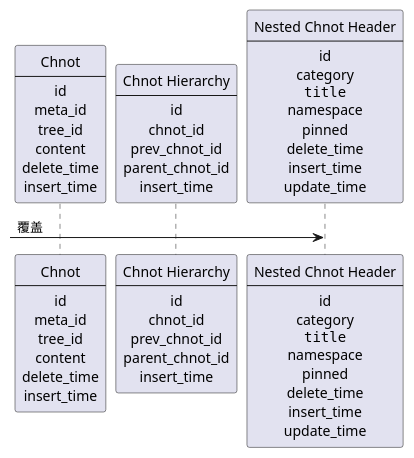
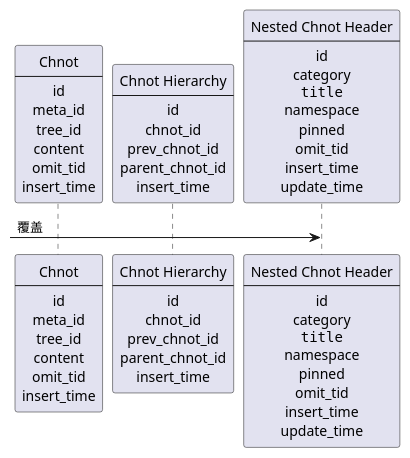
One commit to chnots/chnots changed the diagram in docs/2412-11-chnot-crud.plantuml. Above: the diagram before and after it, drawn with PlantUML. The commit also changed 73 other files, not shown here.

```diff
--- a/docs/2412-11-chnot-crud.plantuml
+++ b/docs/2412-11-chnot-crud.plantuml
@@ -1,40 +1,40 @@
 @startuml ccc
 participant c [
     Chnot
     ----
     id
     meta_id
     tree_id
     content
-    delete_time
+    omit_tid
     insert_time
 ]
 
 participant h [
     Chnot Hierarchy
     ----
     id
     chnot_id
     prev_chnot_id
     parent_chnot_id
     insert_time
 ]
 
 participant n [
     Nested Chnot Header
     ----
     id
     category
     ""title""
     namespace
     pinned
-    delete_time
+    omit_tid
     insert_time
     update_time
 ]
 
 -> n: 覆盖
 
 
 
 @enduml
```
